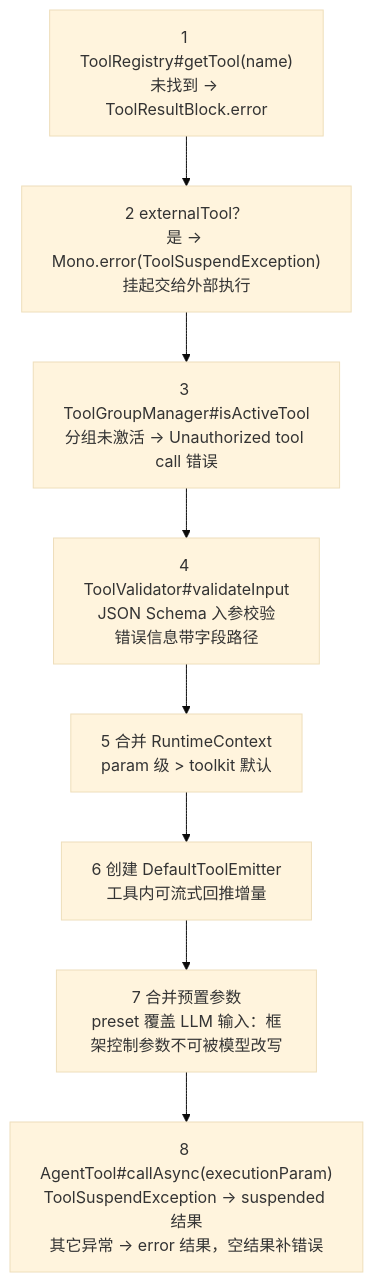
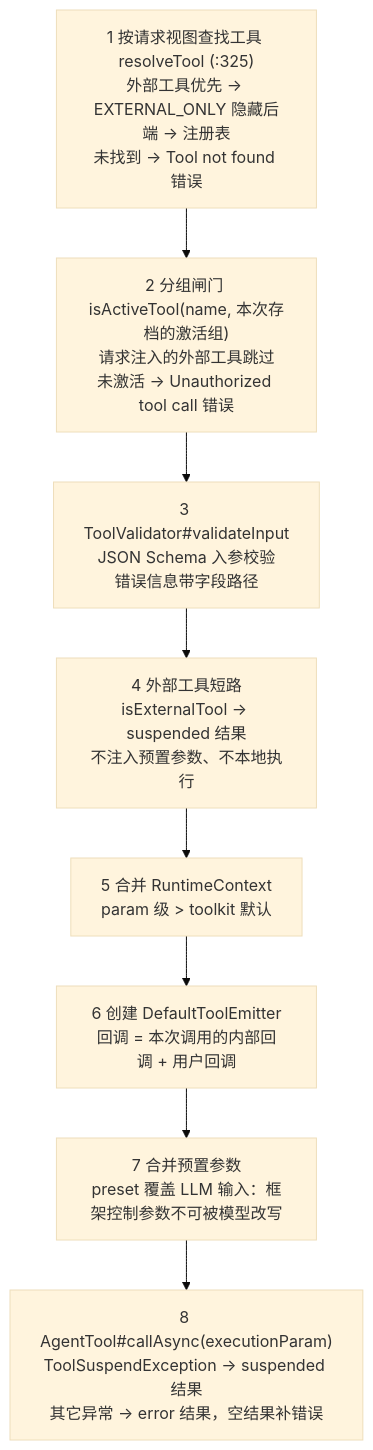
The fourth of 5 diagrams in 04-工具系统.md (liulangjietou/AgentScope-source-analysis), drawn with Mermaid (base theme) before and after one commit. The commit also changed other lines of this file, not shown here.

Commit message:
docs(ch04): sync tool system to upstream main 2c503d88

````diff
--- a/04-工具系统.md
+++ b/04-工具系统.md
@@ -117,10 +129,10 @@
 ```mermaid
 flowchart TB
-    S1["1 ToolRegistry#getTool(name)<br/>未找到 → ToolResultBlock.error"] --> S2["2 externalTool？<br/>是 → Mono.error(ToolSuspendException)<br/>挂起交给外部执行"]
-    S2 --> S3["3 ToolGroupManager#isActiveTool<br/>分组未激活 → Unauthorized tool call 错误"]
-    S3 --> S4["4 ToolValidator#validateInput<br/>JSON Schema 入参校验<br/>错误信息带字段路径"]
+    S1["1 按请求视图查找工具 resolveTool (:325)<br/>外部工具优先 → EXTERNAL_ONLY 隐藏后端 → 注册表<br/>未找到 → Tool not found 错误"] --> S2["2 分组闸门 isActiveTool(name, 本次存档的激活组)<br/>请求注入的外部工具跳过<br/>未激活 → Unauthorized tool call 错误"]
+    S2 --> S3["3 ToolValidator#validateInput<br/>JSON Schema 入参校验<br/>错误信息带字段路径"]
+    S3 --> S4["4 外部工具短路<br/>isExternalTool → suspended 结果<br/>不注入预置参数、不本地执行"]
     S4 --> S5["5 合并 RuntimeContext<br/>param 级 > toolkit 默认"]
-    S5 --> S6["6 创建 DefaultToolEmitter<br/>工具内可流式回推增量"]
+    S5 --> S6["6 创建 DefaultToolEmitter<br/>回调 = 本次调用的内部回调 + 用户回调"]
     S6 --> S7["7 合并预置参数<br/>preset 覆盖 LLM 输入：框架控制参数不可被模型改写"]
     S7 --> S8["8 AgentTool#callAsync(executionParam)<br/>ToolSuspendException → suspended 结果<br/>其它异常 → error 结果，空结果补错误"]
 ```
````
